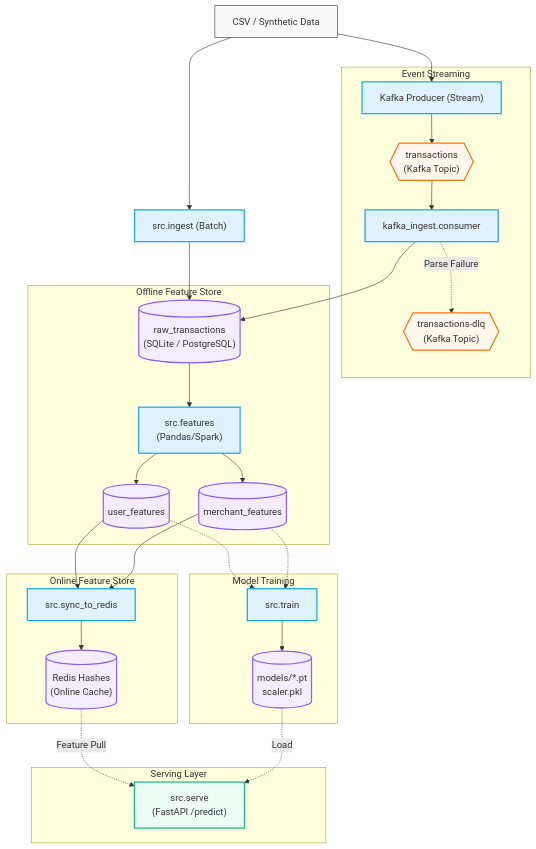
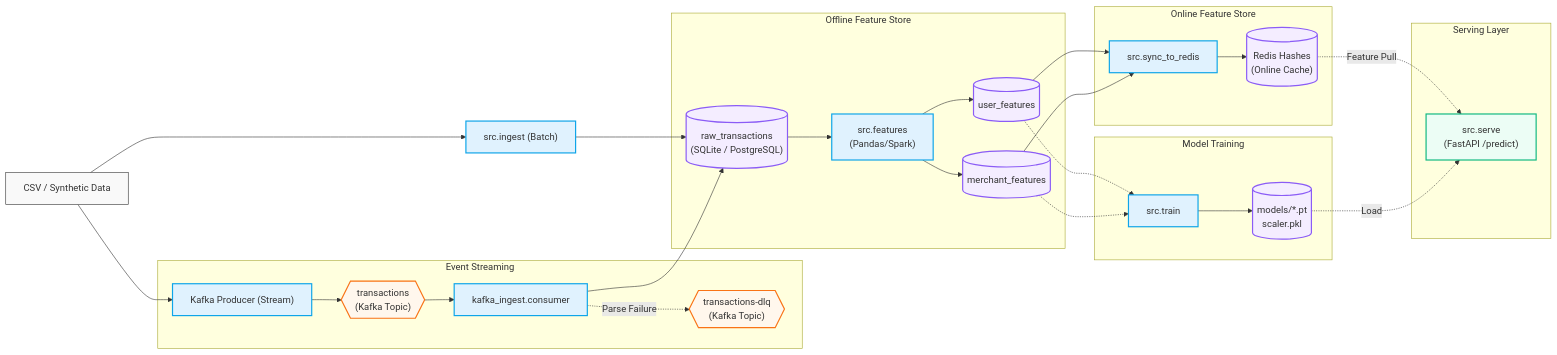
One commit to abdelmagid07/argos changed the diagram in README.md. Above: the diagram before and after it, drawn with Mermaid. The commit also changed 3 other files, not shown here.

Commit message:
Optimization and diagram

````diff
--- a/README.md
+++ b/README.md
@@ -96,64 +96,64 @@
 ```mermaid
-graph TD
+graph LR
     %% Styling
     classDef default fill:#f9f9f9,stroke:#333,stroke-width:1px;
     classDef dataStore fill:#f4edff,stroke:#8b5cf6,stroke-width:2px;
     classDef processing fill:#e0f2fe,stroke:#0ea5e9,stroke-width:2px;
     classDef api fill:#ecfdf5,stroke:#10b981,stroke-width:2px;
     classDef kafka fill:#fff7ed,stroke:#f97316,stroke-width:2px;
 
     %% Data Sources
     Data["CSV / Synthetic Data"] --> Ingest["src.ingest (Batch)"]:::processing
     Data --> Producer["Kafka Producer (Stream)"]:::processing
 
     %% Kafka Layer
     subgraph Event Streaming
         Producer --> KafkaTopic{{"transactions<br/>(Kafka Topic)"}}:::kafka
         KafkaTopic --> Consumer["kafka_ingest.consumer"]:::processing
         Consumer -. Parse Failure .-> DLQ{{"transactions-dlq<br/>(Kafka Topic)"}}:::kafka
     end
 
     %% Ingestion Layer
     Ingest --> Postgres
     Consumer --> Postgres
 
     %% Offline Feature Store
     subgraph Offline Feature Store
         Postgres[("raw_transactions<br/>(SQLite / PostgreSQL)")]:::dataStore
         PandasJob["src.features<br/>(Pandas/Spark)"]:::processing
         UserFeats[("user_features")]:::dataStore
         MerchantFeats[("merchant_features")]:::dataStore
         
         Postgres --> PandasJob
         PandasJob --> UserFeats
         PandasJob --> MerchantFeats
     end
 
     %% Online Feature Store
     subgraph Online Feature Store
         RedisSync["src.sync_to_redis"]:::processing
         RedisCache[("Redis Hashes<br/>(Online Cache)")]:::dataStore
         
         UserFeats --> RedisSync
         MerchantFeats --> RedisSync
         RedisSync --> RedisCache
     end
 
     %% Model Training
     subgraph Model Training
         Train["src.train"]:::processing
         Model[("models/*.pt<br/>scaler.pkl")]:::dataStore
         
         UserFeats -.-> Train
         MerchantFeats -.-> Train
         Train --> Model
     end
 
     %% Serving Layer
     subgraph Serving Layer
         FastAPI["src.serve<br/>(FastAPI /predict)"]:::api
         
         RedisCache -. Feature Pull .-> FastAPI
         Model -. Load .-> FastAPI
     end
 ```
````
